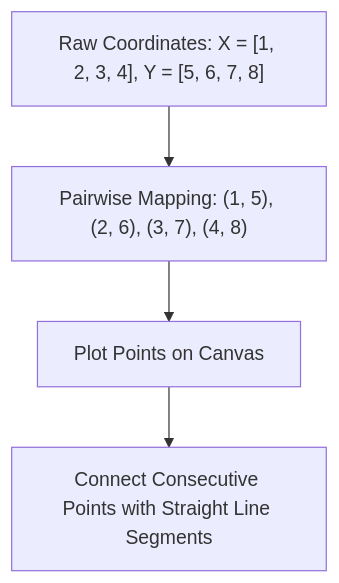
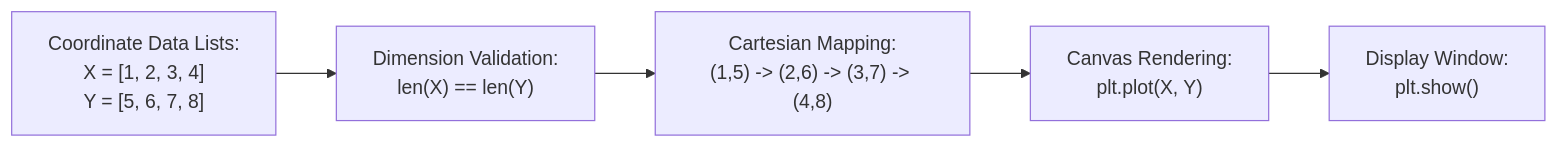
Before and after one commit to S1h2i3v4a/AI_ML: the diagram in lecture_18/Notes_18.02/README.md, drawn with Mermaid. The commit also changed other lines of this file and 71 other files, not shown here.

Commit message:
docs(lecture 18): align notes with video lectures, add blackboard diagrams, clean structured functions, and compile vector PDFs

````diff
--- a/lecture_18/Notes_18.02/README.md
+++ b/lecture_18/Notes_18.02/README.md
@@ -17,6 +18,7 @@
 ```mermaid
-flowchart TD
-    A["Raw Coordinates: X = [1, 2, 3, 4], Y = [5, 6, 7, 8]"] --> B["Pairwise Mapping: (1, 5), (2, 6), (3, 7), (4, 8)"]
-    B --> C["Plot Points on Canvas"]
-    C --> D["Connect Consecutive Points with Straight Line Segments"]
+flowchart LR
+    A["Coordinate Data Lists:<br/>X = [1, 2, 3, 4]<br/>Y = [5, 6, 7, 8]"] --> B["Dimension Validation:<br/>len(X) == len(Y)"]
+    B --> C["Cartesian Mapping:<br/>(1,5) -> (2,6) -> (3,7) -> (4,8)"]
+    C --> D["Canvas Rendering:<br/>plt.plot(X, Y)"]
+    D --> E["Display Window:<br/>plt.show()"]
 ```
````
